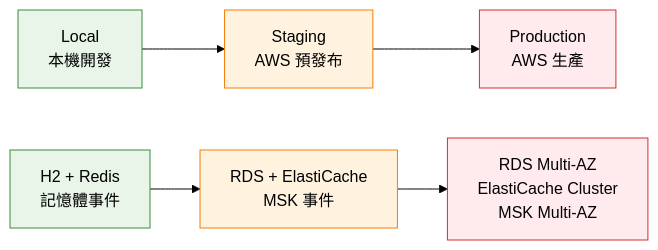
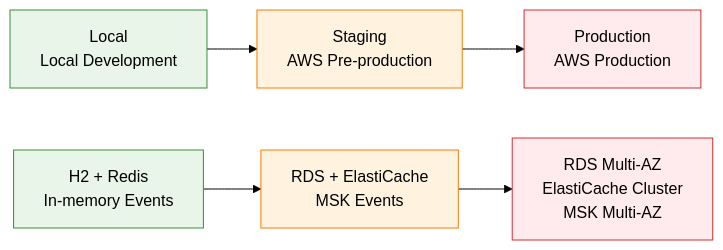
One commit to humank/genai-demo changed the first of 2 diagrams in docs/viewpoints/development/profile-management.md. Above: the diagram before and after it, drawn with Mermaid (forest theme). The commit also changed other lines of this file and 453 other files, not shown here.

First line of the commit message:
feat: Complete translation of key architecture and API documentation

````diff
--- a/docs/viewpoints/development/profile-management.md
+++ b/docs/viewpoints/development/profile-management.md
@@ -18,16 +18,16 @@
 ```mermaid
 graph LR
-    A[Local<br/>本機開發] --> B[Staging<br/>AWS 預發布]
-    B --> C[Production<br/>AWS 生產]
+    A[Local<br/>Local Development] --> B[Staging<br/>AWS Pre-production]
+    B --> C[Production<br/>AWS Production]
     
-    A1[H2 + Redis<br/>記憶體事件] --> B1[RDS + ElastiCache<br/>MSK 事件]
+    A1[H2 + Redis<br/>In-memory Events] --> B1[RDS + ElastiCache<br/>MSK Events]
     B1 --> C1[RDS Multi-AZ<br/>ElastiCache Cluster<br/>MSK Multi-AZ]
     
     classDef local fill:#e8f5e8,stroke:#388e3c
     classDef staging fill:#fff3e0,stroke:#f57c00
     classDef production fill:#ffebee,stroke:#d32f2f
     
     class A,A1 local
     class B,B1 staging
     class C,C1 production
 ```
````
